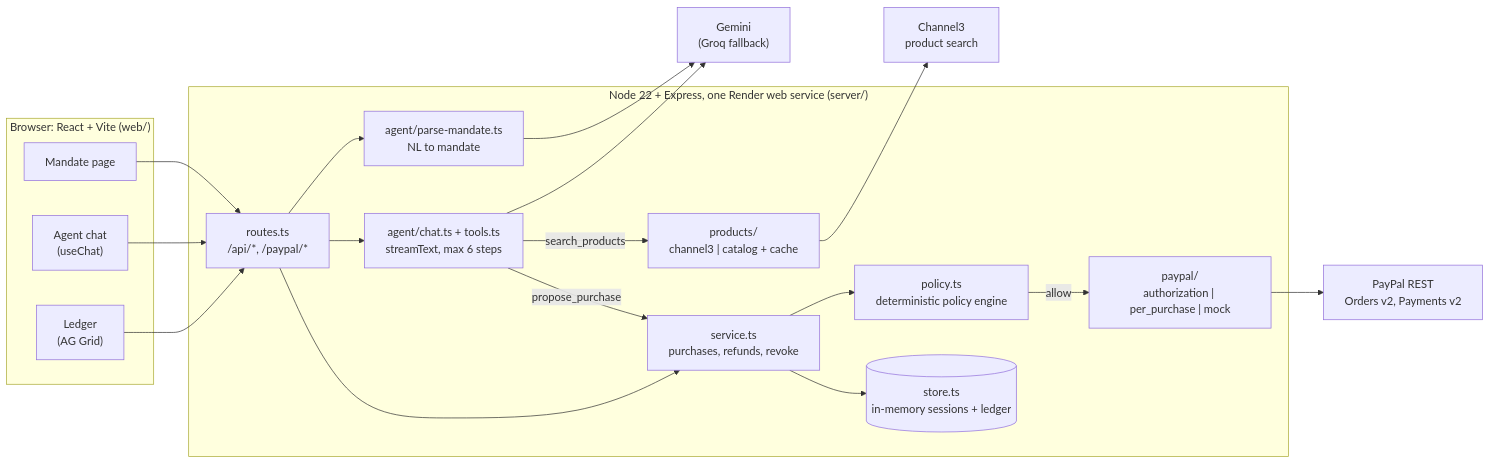
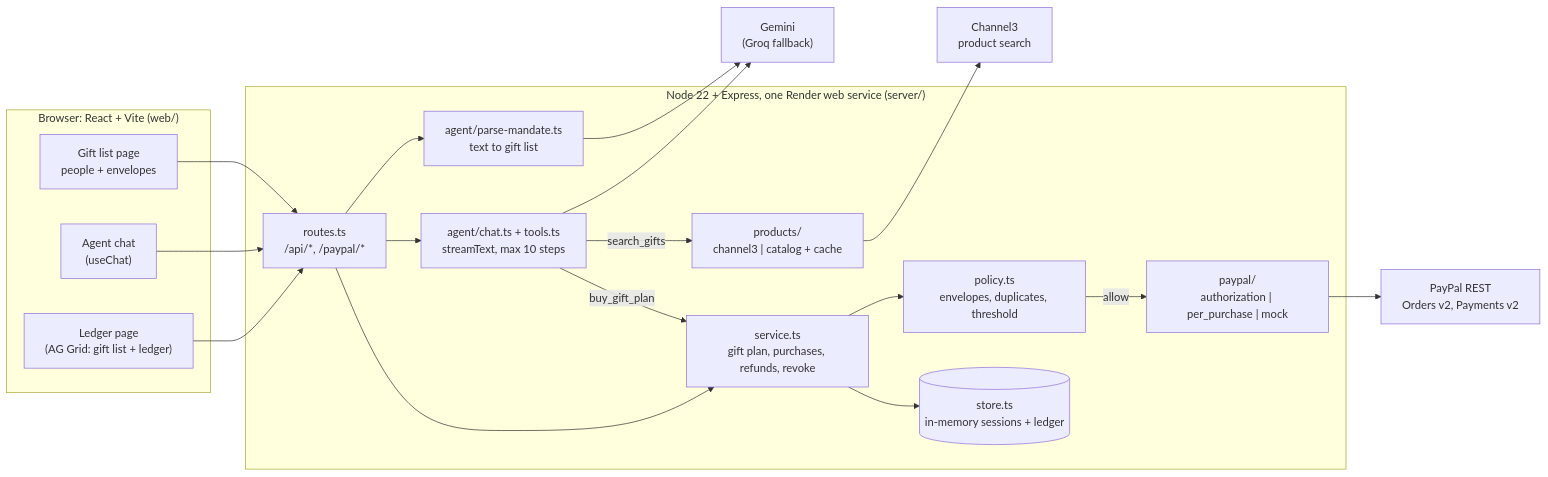
Before and after one commit to Tomiyato/allowance: the diagram in README.md, drawn with Mermaid. The commit also changed other lines of this file and 31 other files, not shown here.

````diff
--- a/README.md
+++ b/README.md
@@ -96,35 +125,35 @@
 ```mermaid
 flowchart LR
   subgraph Browser["Browser: React + Vite (web/)"]
-    MP["Mandate page"]
+    MP["Gift list page<br/>people + envelopes"]
     AP["Agent chat<br/>(useChat)"]
-    LP["Ledger<br/>(AG Grid)"]
+    LP["Ledger page<br/>(AG Grid: gift list + ledger)"]
   end
 
   subgraph Server["Node 22 + Express, one Render web service (server/)"]
     R["routes.ts<br/>/api/*, /paypal/*"]
-    PM["agent/parse-mandate.ts<br/>NL to mandate"]
-    AG["agent/chat.ts + tools.ts<br/>streamText, max 6 steps"]
-    SV["service.ts<br/>purchases, refunds, revoke"]
-    PO["policy.ts<br/>deterministic policy engine"]
+    PM["agent/parse-mandate.ts<br/>text to gift list"]
+    AG["agent/chat.ts + tools.ts<br/>streamText, max 10 steps"]
+    SV["service.ts<br/>gift plan, purchases, refunds, revoke"]
+    PO["policy.ts<br/>envelopes, duplicates, threshold"]
     RL["paypal/<br/>authorization | per_purchase | mock"]
     PR["products/<br/>channel3 | catalog + cache"]
     ST[("store.ts<br/>in-memory sessions + ledger")]
   end
 
   LLM["Gemini<br/>(Groq fallback)"]
   C3["Channel3<br/>product search"]
   PP["PayPal REST<br/>Orders v2, Payments v2"]
 
   MP --> R
   AP --> R
   LP --> R
   R --> PM --> LLM
   R --> AG --> LLM
-  AG -- search_products --> PR --> C3
-  AG -- propose_purchase --> SV
+  AG -- search_gifts --> PR --> C3
+  AG -- buy_gift_plan --> SV
   R --> SV
   SV --> PO
   PO -- allow --> RL --> PP
   SV --> ST
 ```
````
